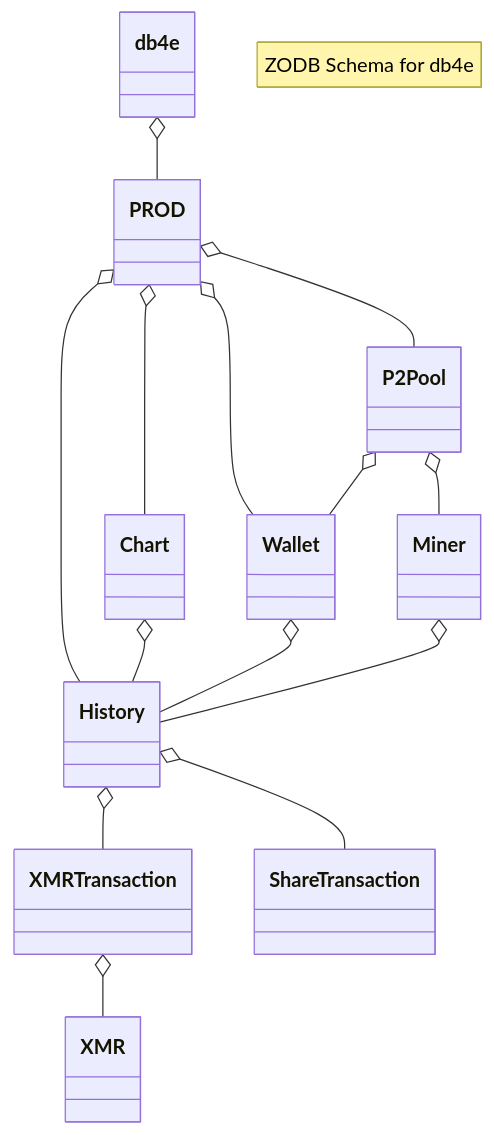
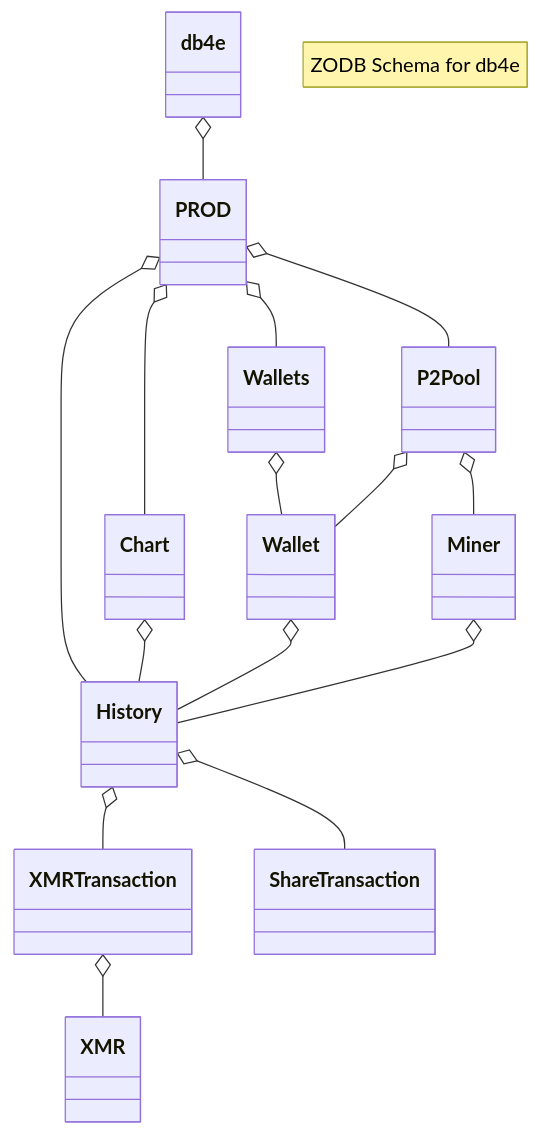
One commit to NadimGhaznavi/myzodb changed the diagram in _posts/2024-06-05-ZODB-Schema.md. Above: the diagram before and after it, drawn with Mermaid. The commit also changed 16 other files, not shown here.

```diff
--- a/_posts/2024-06-05-ZODB-Schema.md
+++ b/_posts/2024-06-05-ZODB-Schema.md
@@ -11,17 +11,18 @@
 <pre class="mermaid">
   classDiagram
     note "ZODB Schema for db4e"
     db4e o-- PROD
-    PROD o-- Wallet
+    PROD o-- Wallets
+    Wallets o-- Wallet
     PROD o-- P2Pool
     PROD o-- History
     PROD o-- Chart
     Chart o-- History
     P2Pool o-- Miner
     P2Pool o-- Wallet
     Wallet o-- History
     Miner o-- History
     History o-- XMRTransaction
     History o-- ShareTransaction
     XMRTransaction o-- XMR
 </pre>
```
